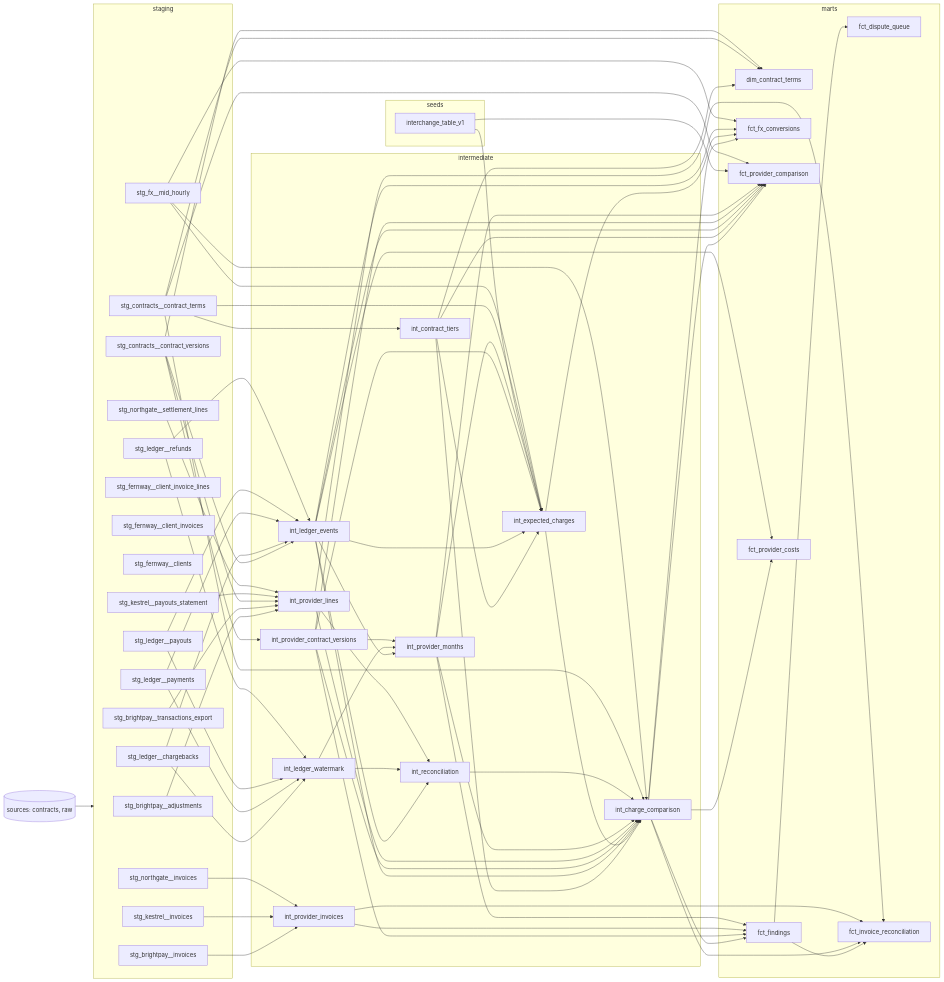
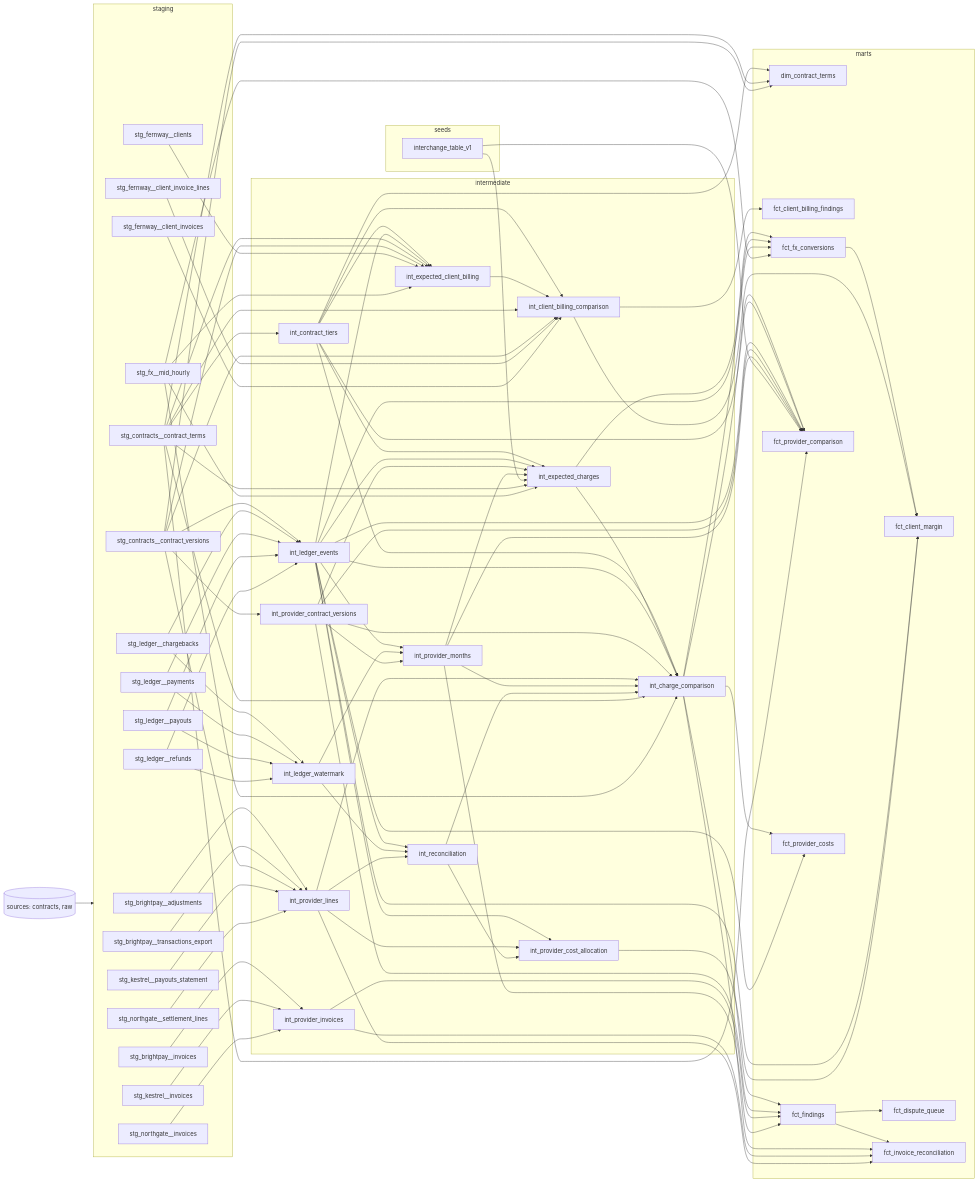
Before and after one commit to Milos-Blagojevic/payments-fee-audit: the diagram in README.md, drawn with Mermaid. The commit also changed other lines of this file and 6 other files, not shown here.

```diff
--- a/README.md
+++ b/README.md
@@ -169,11 +173,14 @@
   end
   subgraph intermediate
     int_charge_comparison
+    int_client_billing_comparison
     int_contract_tiers
     int_expected_charges
+    int_expected_client_billing
     int_ledger_events
     int_ledger_watermark
     int_provider_contract_versions
+    int_provider_cost_allocation
     int_provider_invoices
     int_provider_lines
     int_provider_months
@@ -181,6 +188,8 @@
   end
   subgraph marts
     dim_contract_terms
+    fct_client_billing_findings
+    fct_client_margin
     fct_dispute_queue
     fct_findings
     fct_fx_conversions
@@ -191,22 +200,31 @@
   raw --> staging
   fct_findings --> fct_dispute_queue
   fct_findings --> fct_invoice_reconciliation
+  fct_fx_conversions --> fct_client_margin
   int_charge_comparison --> fct_findings
   int_charge_comparison --> fct_fx_conversions
   int_charge_comparison --> fct_invoice_reconciliation
   int_charge_comparison --> fct_provider_comparison
   int_charge_comparison --> fct_provider_costs
+  int_client_billing_comparison --> fct_client_billing_findings
+  int_client_billing_comparison --> fct_client_margin
   int_contract_tiers --> dim_contract_terms
   int_contract_tiers --> fct_provider_comparison
   int_contract_tiers --> int_charge_comparison
+  int_contract_tiers --> int_client_billing_comparison
   int_contract_tiers --> int_expected_charges
+  int_contract_tiers --> int_expected_client_billing
   int_expected_charges --> fct_fx_conversions
   int_expected_charges --> int_charge_comparison
+  int_expected_client_billing --> int_client_billing_comparison
+  int_ledger_events --> fct_client_margin
   int_ledger_events --> fct_fx_conversions
   int_ledger_events --> fct_provider_comparison
   int_ledger_events --> fct_provider_costs
   int_ledger_events --> int_charge_comparison
   int_ledger_events --> int_expected_charges
+  int_ledger_events --> int_expected_client_billing
+  int_ledger_events --> int_provider_cost_allocation
   int_ledger_events --> int_provider_months
   int_ledger_events --> int_reconciliation
   int_ledger_watermark --> int_provider_months
@@ -216,16 +234,19 @@
   int_provider_contract_versions --> int_charge_comparison
   int_provider_contract_versions --> int_expected_charges
   int_provider_contract_versions --> int_provider_months
+  int_provider_cost_allocation --> fct_client_margin
   int_provider_invoices --> fct_findings
   int_provider_invoices --> fct_invoice_reconciliation
   int_provider_lines --> fct_invoice_reconciliation
   int_provider_lines --> int_charge_comparison
+  int_provider_lines --> int_provider_cost_allocation
   int_provider_lines --> int_reconciliation
   int_provider_months --> fct_findings
   int_provider_months --> fct_provider_comparison
   int_provider_months --> int_charge_comparison
   int_provider_months --> int_expected_charges
   int_reconciliation --> int_charge_comparison
+  int_reconciliation --> int_provider_cost_allocation
   interchange_table_v1 --> fct_provider_comparison
   interchange_table_v1 --> int_expected_charges
   stg_brightpay__adjustments --> int_provider_lines
@@ -234,15 +255,23 @@
   stg_contracts__contract_terms --> dim_contract_terms
   stg_contracts__contract_terms --> fct_provider_comparison
   stg_contracts__contract_terms --> int_charge_comparison
+  stg_contracts__contract_terms --> int_client_billing_comparison
   stg_contracts__contract_terms --> int_contract_tiers
   stg_contracts__contract_terms --> int_expected_charges
+  stg_contracts__contract_terms --> int_expected_client_billing
   stg_contracts__contract_versions --> dim_contract_terms
+  stg_contracts__contract_versions --> int_client_billing_comparison
+  stg_contracts__contract_versions --> int_expected_client_billing
   stg_contracts__contract_versions --> int_ledger_events
   stg_contracts__contract_versions --> int_provider_contract_versions
   stg_contracts__contract_versions --> int_provider_lines
+  stg_fernway__client_invoice_lines --> int_client_billing_comparison
+  stg_fernway__client_invoices --> int_client_billing_comparison
+  stg_fernway__clients --> int_expected_client_billing
   stg_fx__mid_hourly --> fct_fx_conversions
   stg_fx__mid_hourly --> int_charge_comparison
   stg_fx__mid_hourly --> int_expected_charges
+  stg_fx__mid_hourly --> int_expected_client_billing
   stg_kestrel__invoices --> int_provider_invoices
   stg_kestrel__payouts_statement --> int_provider_lines
   stg_ledger__chargebacks --> int_ledger_events
```
